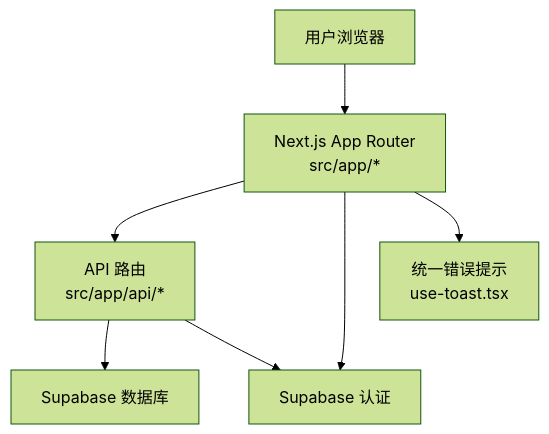
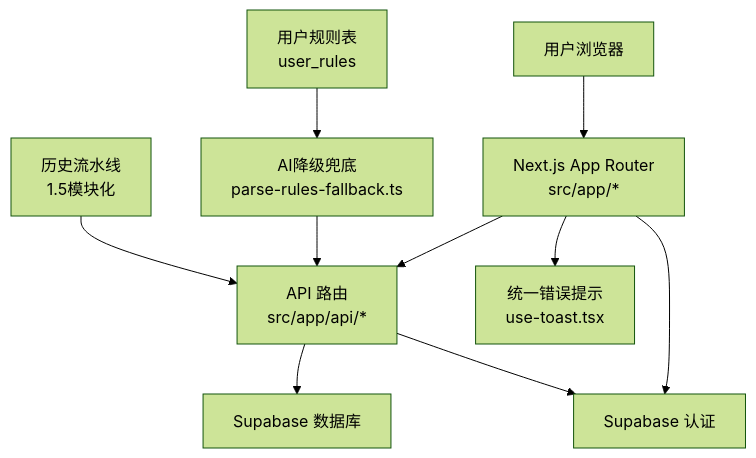
One commit to bbong1234/TETO changed the second of 6 diagrams in .qoder/repowiki/zh/content/开发指南/开发流程规范/开发流程规范.md. Above: the diagram before and after it, drawn with Mermaid (forest theme). The commit also changed other lines of this file and 10 other files, not shown here.

````diff
--- a/.qoder/repowiki/zh/content/开发指南/开发流程规范/开发流程规范.md
+++ b/.qoder/repowiki/zh/content/开发指南/开发流程规范/开发流程规范.md
@@ -96,15 +117,21 @@
 ```mermaid
 graph TB
 U["用户浏览器"]
 R["Next.js App Router<br/>src/app/*"]
 API["API 路由<br/>src/app/api/*"]
 DB["Supabase 数据库"]
 AUTH["Supabase 认证"]
 ERR["统一错误提示<br/>use-toast.tsx"]
+FALL["AI降级兜底<br/>parse-rules-fallback.ts"]
+RULES["用户规则表<br/>user_rules"]
+CHAIN["历史流水线<br/>1.5模块化"]
 U --> R
 R --> API
 API --> DB
 R --> AUTH
 API --> AUTH
 R --> ERR
+FALL --> API
+RULES --> FALL
+CHAIN --> API
 ```
````
